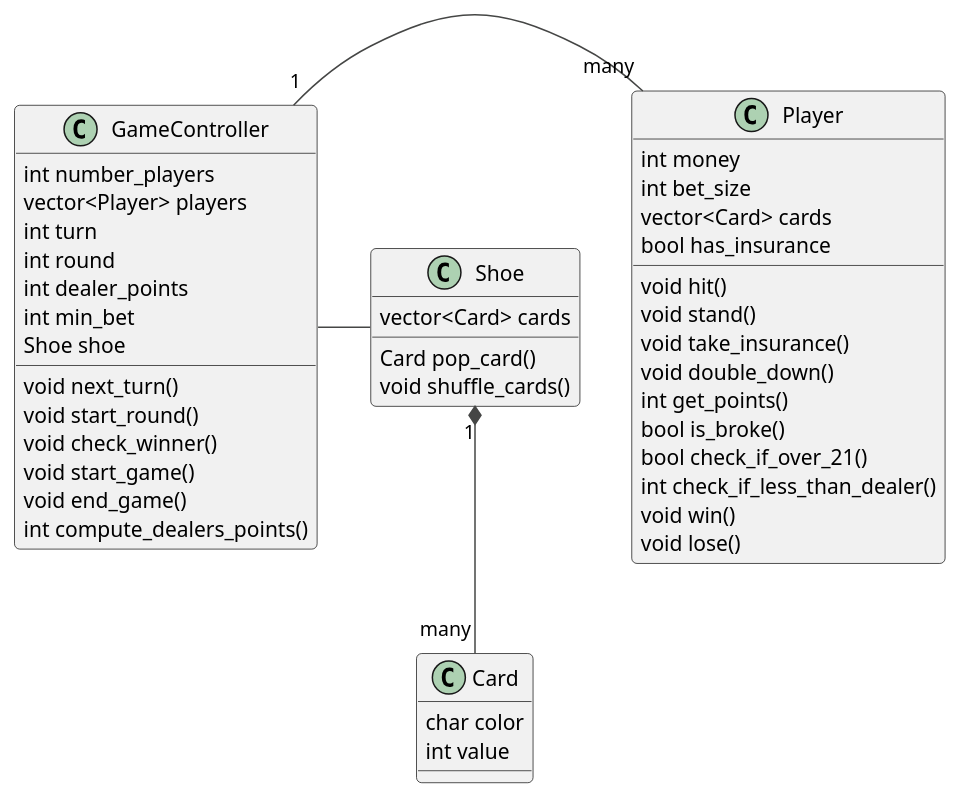
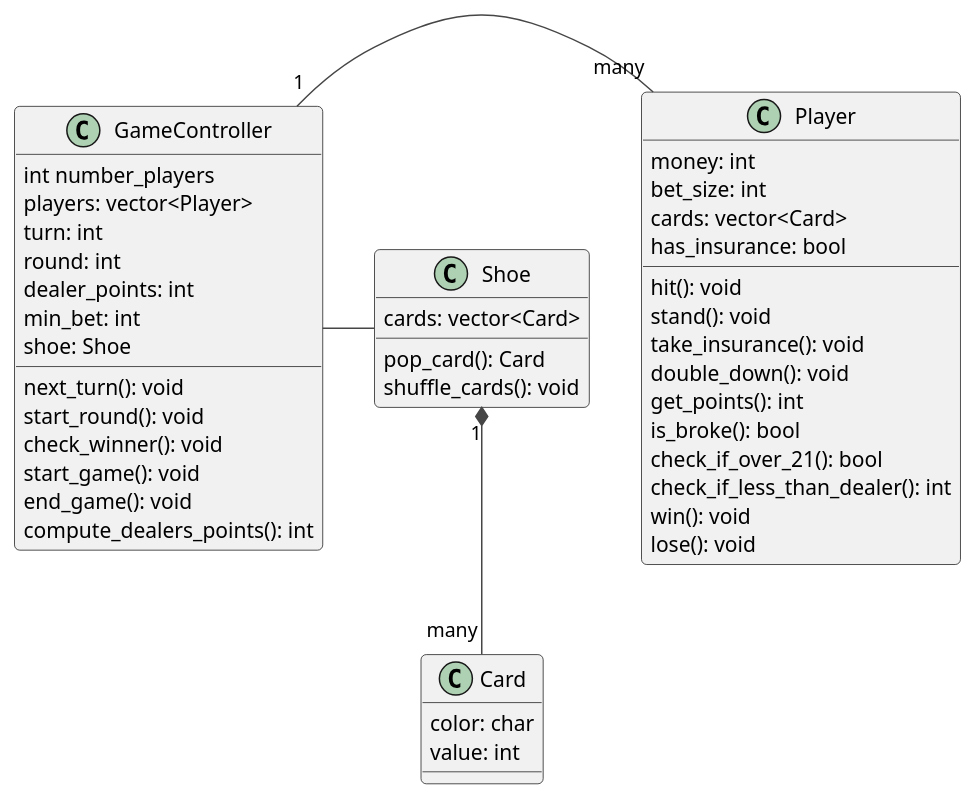
One commit to luca-commits/blackjack changed the diagram in sds/general.puml. Above: the diagram before and after it, drawn with PlantUML. The commit also changed 6 other files, not shown here.

Commit message:
diagrams

```diff
--- a/sds/general.puml
+++ b/sds/general.puml
@@ -1,53 +1,55 @@
 @startuml
+' !theme plain
 !theme vibrant
+
 class Player {
-  int money
-  int bet_size
-  vector<Card> cards
-  void hit()
-  void stand()
-  void take_insurance()
-  void double_down()
-  bool has_insurance
-  int get_points()
-  bool is_broke()
-  bool check_if_over_21()
-  int check_if_less_than_dealer()
-  void win()
-  void lose()
+  money: int
+  bet_size: int
+  cards: vector<Card> 
+  hit(): void
+  stand(): void
+  take_insurance(): void
+  double_down(): void
+  has_insurance: bool
+  get_points(): int
+  is_broke(): bool
+  check_if_over_21(): bool
+  check_if_less_than_dealer(): int
+  win(): void
+  lose(): void
 }
   
 class Card {
-  char color
-  int value
+  color: char
+  value: int
 }
 
 class GameController{
-  int number_players /' needed for logic '/
-  vector<Player> players
-  int turn
-  int round
-  int dealer_points
-  int min_bet
-  void next_turn()
-  void start_round()
-  void check_winner()
-  void start_game() /' '/
-  void end_game()
-  int compute_dealers_points()
-  Shoe shoe
+  int number_players
+  players: vector<Player>
+  turn: int
+  round: int
+  dealer_points: int
+  min_bet: int
+  next_turn(): void
+  start_round(): void
+  check_winner(): void
+  start_game(): void
+  end_game(): void
+  compute_dealers_points(): int
+  shoe: Shoe
 }
 
 class Shoe{
-  vector<Card> cards
-  Card pop_card() 
-  void shuffle_cards()
+  cards: vector<Card> 
+  pop_card(): Card
+  shuffle_cards(): void
 }
 
 Shoe "1" *-- "many" Card 
 
 
 GameController "1" - "many" Player 
 
 GameController - Shoe
 @enduml
```
